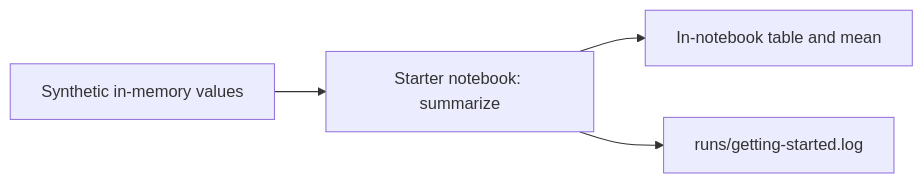
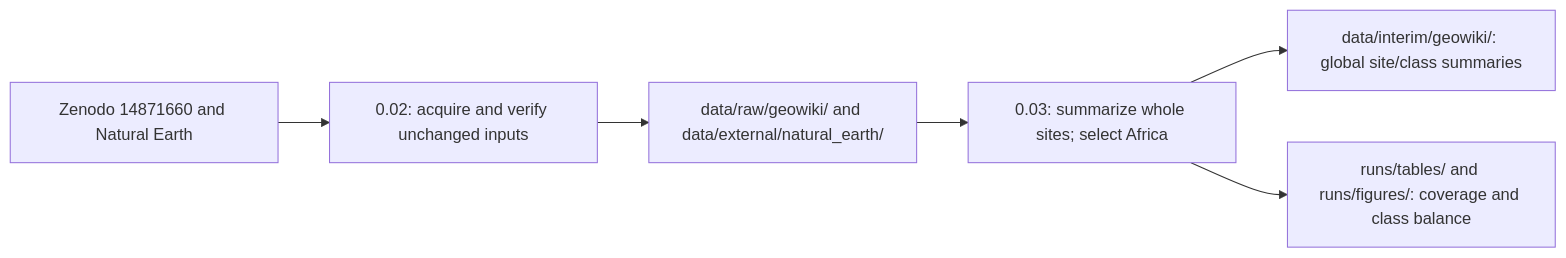
One commit to TomerP2/tomer_peled_mgi_thesis changed the diagram in README.md. Above: the diagram before and after it, drawn with Mermaid. The commit also changed other lines of this file and 6 other files, not shown here.

````diff
--- a/README.md
+++ b/README.md
@@ -50,6 +74,8 @@
 ```mermaid
 flowchart LR
-    A["Synthetic in-memory values"] --> B["Starter notebook: summarize"]
-    B --> C["In-notebook table and mean"]
-    B --> D["runs/getting-started.log"]
+    A["Zenodo 14871660 and Natural Earth"] --> B["0.02: acquire and verify unchanged inputs"]
+    B --> C["data/raw/geowiki/ and data/external/natural_earth/"]
+    C --> D["0.03: summarize whole sites; select Africa"]
+    D --> E["data/interim/geowiki/: global site/class summaries"]
+    D --> F["runs/tables/ and runs/figures/: coverage and class balance"]
 ```
````
